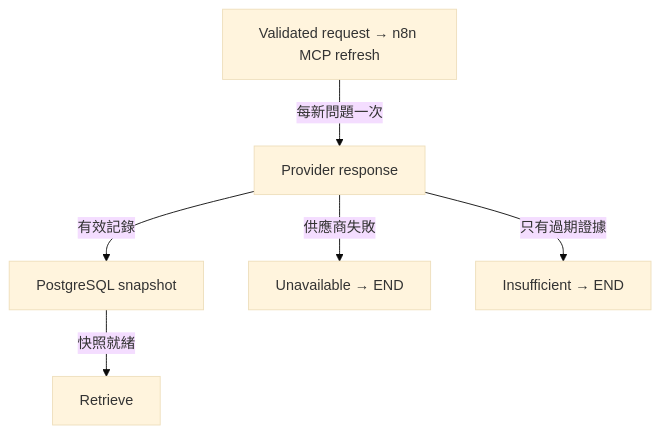
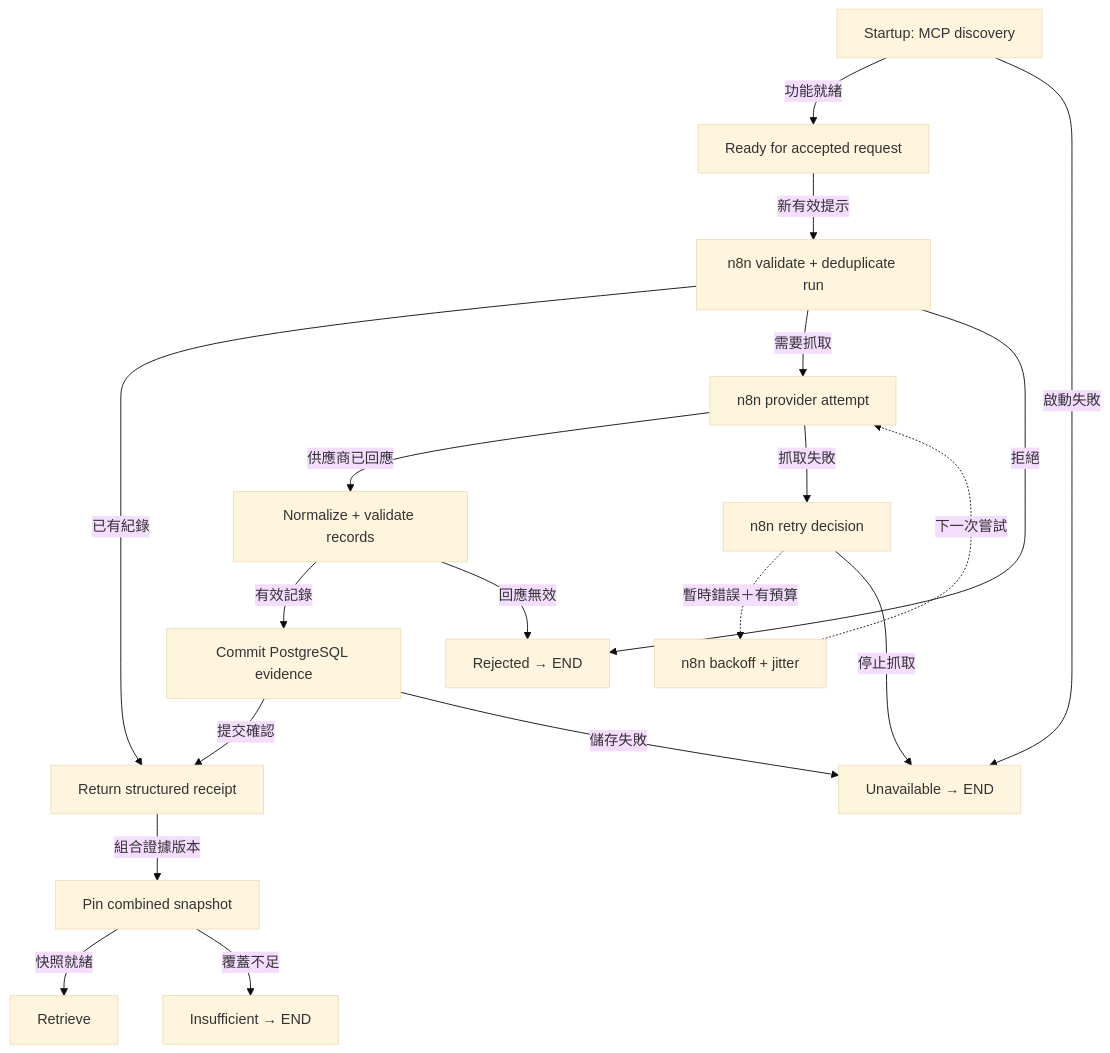
Before and after one commit to ByronHo68/ai-learning-academy: the diagram in public/downloads/finance-diagrams/sources-zh.mmd, drawn with Mermaid (base theme). The commit also changed 36 other files, not shown here.

```diff
--- a/public/downloads/finance-diagrams/sources-zh.mmd
+++ b/public/downloads/finance-diagrams/sources-zh.mmd
@@ -1,12 +1,33 @@
 flowchart TD
-  n0["Validated request → n8n MCP refresh"]
-  n1["Provider response"]
-  n2["PostgreSQL snapshot"]
-  n3["Unavailable → END"]
-  n4["Insufficient → END"]
-  n5["Retrieve"]
-  n0 -- "每新問題一次" --> n1
-  n1 -- "有效記錄" --> n2
-  n1 -- "供應商失敗" --> n3
-  n1 -- "只有過期證據" --> n4
-  n2 -- "快照就緒" --> n5
+  n0["Startup: MCP discovery"]
+  n1["Ready for accepted request"]
+  n2["Unavailable → END"]
+  n3["n8n validate + deduplicate run"]
+  n4["Return structured receipt"]
+  n5["n8n provider attempt"]
+  n6["Rejected → END"]
+  n7["Normalize + validate records"]
+  n8["n8n retry decision"]
+  n9["n8n backoff + jitter"]
+  n10["Commit PostgreSQL evidence"]
+  n11["Pin combined snapshot"]
+  n12["Retrieve"]
+  n13["Insufficient → END"]
+  n0 -- "功能就緒" --> n1
+  n0 -- "啟動失敗" --> n2
+  n1 -- "新有效提示" --> n3
+  n3 -- "已有紀錄" --> n4
+  n3 -- "需要抓取" --> n5
+  n3 -- "拒絕" --> n6
+  n5 -- "供應商已回應" --> n7
+  n5 -- "抓取失敗" --> n8
+  n8 -. "暫時錯誤＋有預算" .-> n9
+  n9 -. "下一次嘗試" .-> n5
+  n8 -- "停止抓取" --> n2
+  n7 -- "有效記錄" --> n10
+  n7 -- "回應無效" --> n6
+  n10 -- "提交確認" --> n4
+  n10 -- "儲存失敗" --> n2
+  n4 -- "組合證據版本" --> n11
+  n11 -- "快照就緒" --> n12
+  n11 -- "覆蓋不足" --> n13
```
